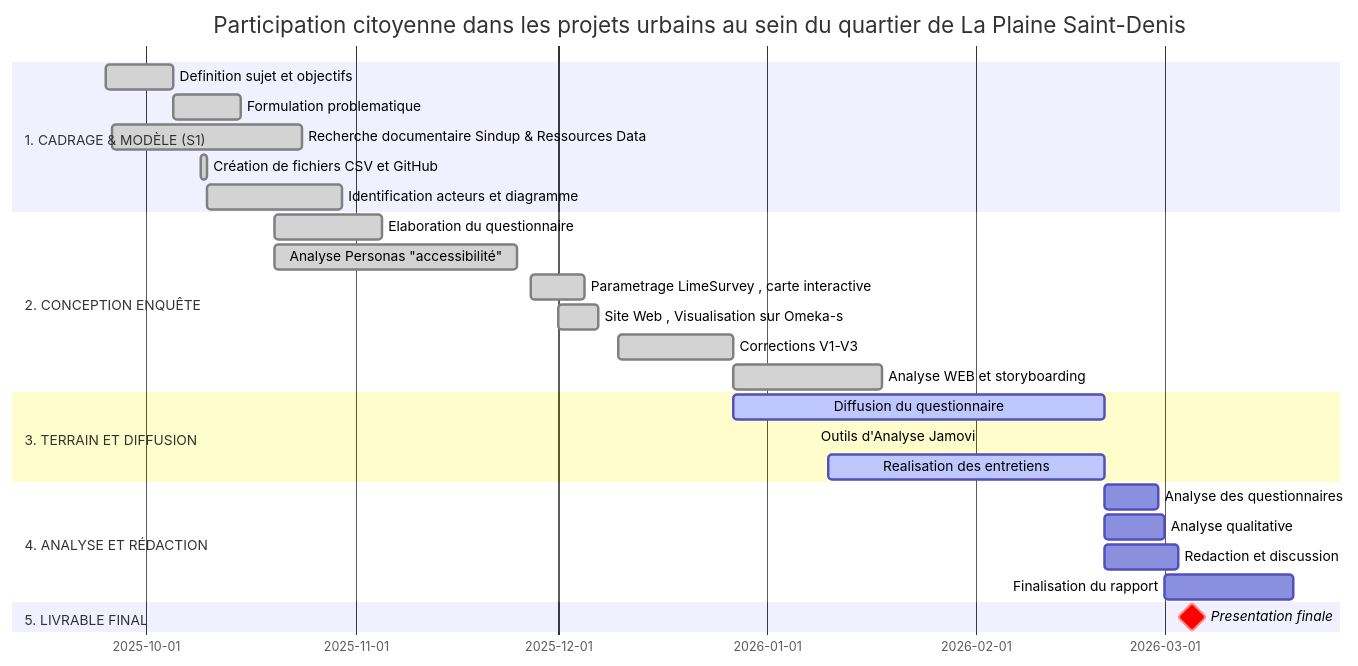
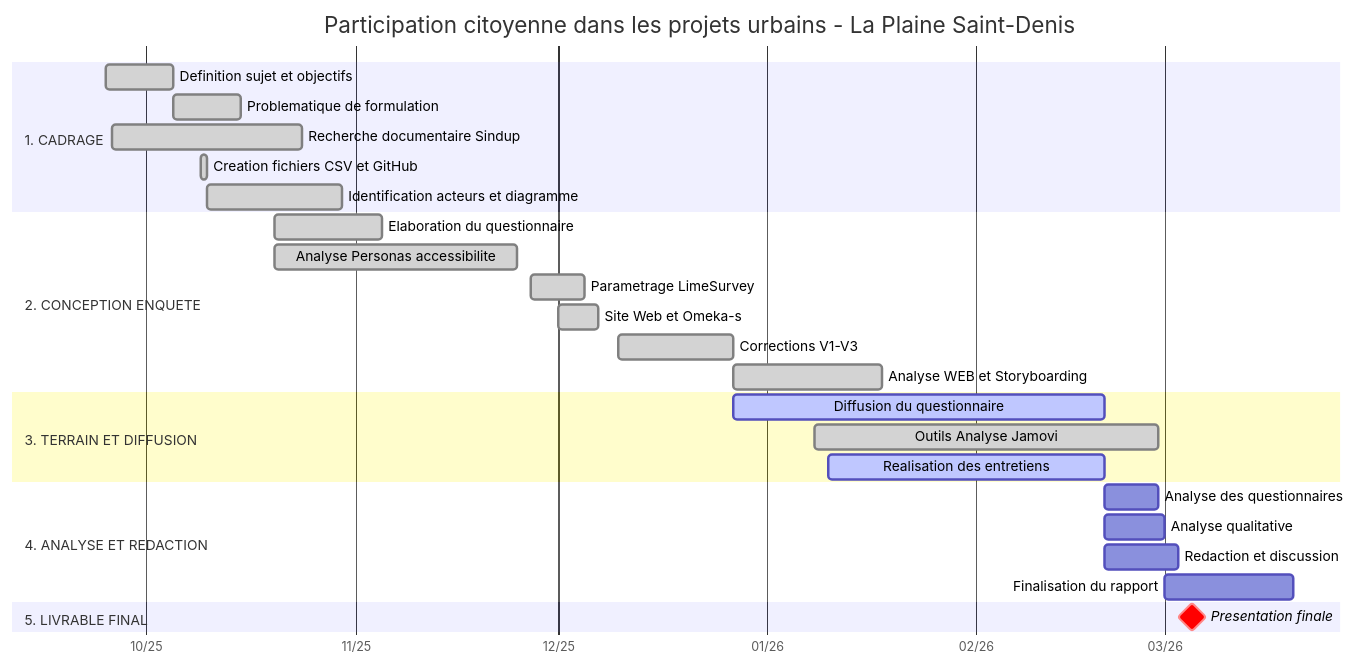
The diagram in acteurskahiarchiR.md (kahiarchi/LeBatiment_PlaineSaintDenis), drawn with Mermaid before and after one commit.

````diff
--- a/acteurskahiarchiR.md
+++ b/acteurskahiarchiR.md
@@ -1,34 +1,35 @@
 ```mermaid
 gantt
-    
-    title Participation citoyenne dans les projets urbains au sein du quartier de La Plaine Saint-Denis
+    title Participation citoyenne dans les projets urbains - La Plaine Saint-Denis
     dateFormat  YYYY-MM-DD
-    section 1. CADRAGE & MODÈLE (S1)
-    Definition sujet et objectifs                    :done, t1, 2025-09-25, 2025-10-05
-    Formulation problematique                        :done, t2, 2025-10-05, 2025-10-15
-    Recherche documentaire Sindup & Ressources Data  :done, t3, 2025-09-26, 2025-10-24
-    Création de fichiers CSV et GitHub               :done, t4, 2025-10-09, 2025-10-10
-    Identification acteurs et diagramme              :done, t5, 2025-10-10, 2025-10-30
+    axisFormat  %m/%y
 
-    section 2. CONCEPTION ENQUÊTE
-    Elaboration du questionnaire                     :done, t6, 2025-10-20, 2025-11-05
-    Analyse Personas "accessibilité"                 :done, t7, 2025-10-20, 2025-11-25
-    Parametrage LimeSurvey , carte interactive       :done, t8, 2025-11-27, 2025-12-05
-    Site Web , Visualisation sur Omeka-s             :done, t9, 2025-12-01, 2025-12-07
-    Corrections V1-V3                                :done, t10, 2025-12-10, 2025-12-27
-    Analyse WEB et storyboarding                     :done, t11, 2025-12-27, 2026-01-18
+    section 1. CADRAGE
+    Definition sujet et objectifs           :done, t1, 2025-09-25, 2025-10-05
+    Problematique de formulation            :done, t2, 2025-10-05, 2025-10-15
+    Recherche documentaire Sindup           :done, t3, 2025-09-26, 2025-10-24
+    Creation fichiers CSV et GitHub         :done, t4, 2025-10-09, 2025-10-10
+    Identification acteurs et diagramme     :done, t5, 2025-10-10, 2025-10-30
+
+    section 2. CONCEPTION ENQUETE
+    Elaboration du questionnaire            :done, t6, 2025-10-20, 2025-11-05
+    Analyse Personas accessibilite          :done, t7, 2025-10-20, 2025-11-25
+    Parametrage LimeSurvey                  :done, t8, 2025-11-27, 2025-12-05
+    Site Web et Omeka-s                     :done, t9, 2025-12-01, 2025-12-07
+    Corrections V1-V3                       :done, t10, 2025-12-10, 2025-12-27
+    Analyse WEB et Storyboarding            :done, t11, 2025-12-27, 2026-01-18
 
     section 3. TERRAIN ET DIFFUSION
-    Diffusion du questionnaire                       :active, t12, 2025-12-27, 2026-02-20
-    Outils d'Analyse Jamovi                          :done, t13, 2026-01-08, 0d
-    Realisation des entretiens                       :active, t14, 2026-01-10, 2026-02-20
+    Diffusion du questionnaire              :active, t12, 2025-12-27, 2026-02-20
+    Outils Analyse Jamovi                   :done, t13, 2026-01-08, 2026-02-28
+    Realisation des entretiens              :active, t14, 2026-01-10, 2026-02-20
 
-    section 4. ANALYSE ET RÉDACTION
-    Analyse des questionnaires       :t15, 2026-02-20, 2026-02-28
-    Analyse qualitative              :t16, 2026-02-20, 2026-03-01
-    Redaction et discussion          :t17, 2026-02-20, 2026-03-03
-    Finalisation du rapport          :t18, 2026-03-01, 2026-03-20
+    section 4. ANALYSE ET REDACTION
+    Analyse des questionnaires              :t15, 2026-02-20, 2026-02-28
+    Analyse qualitative                     :t16, 2026-02-20, 2026-03-01
+    Redaction et discussion                 :t17, 2026-02-20, 2026-03-03
+    Finalisation du rapport                 :t18, 2026-03-01, 2026-03-20
 
     section 5. LIVRABLE FINAL
-    Presentation finale              :crit, milestone, 2026-03-05, 0d
+    Presentation finale                     :crit, milestone, 2026-03-05, 0d
 ```
````
